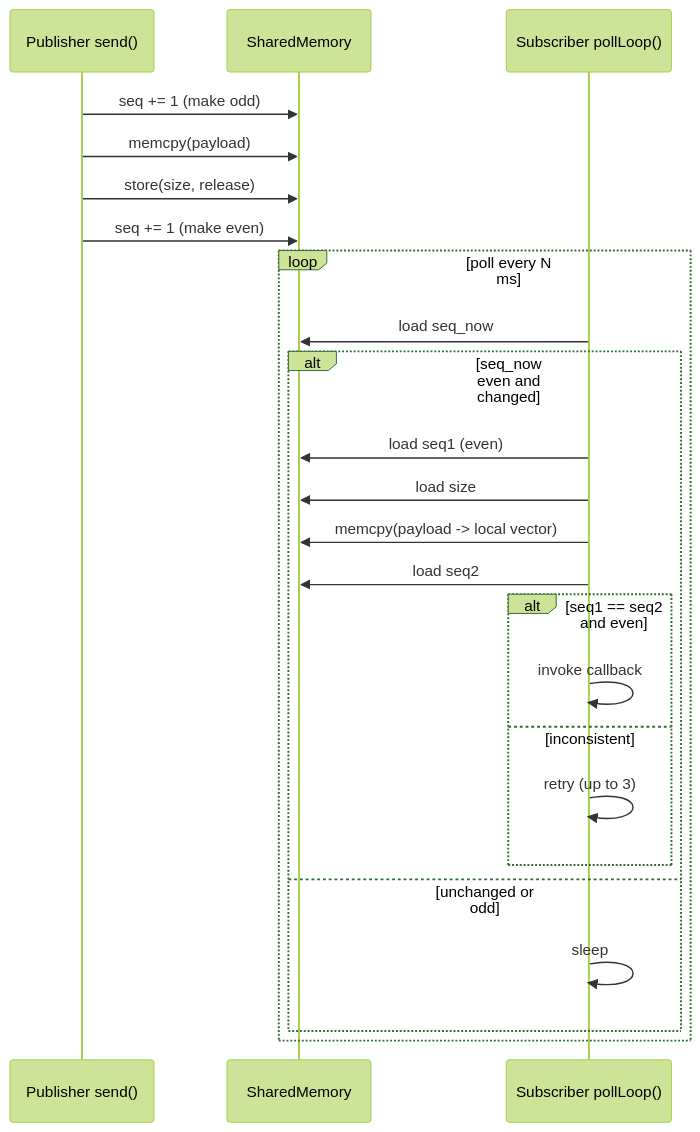
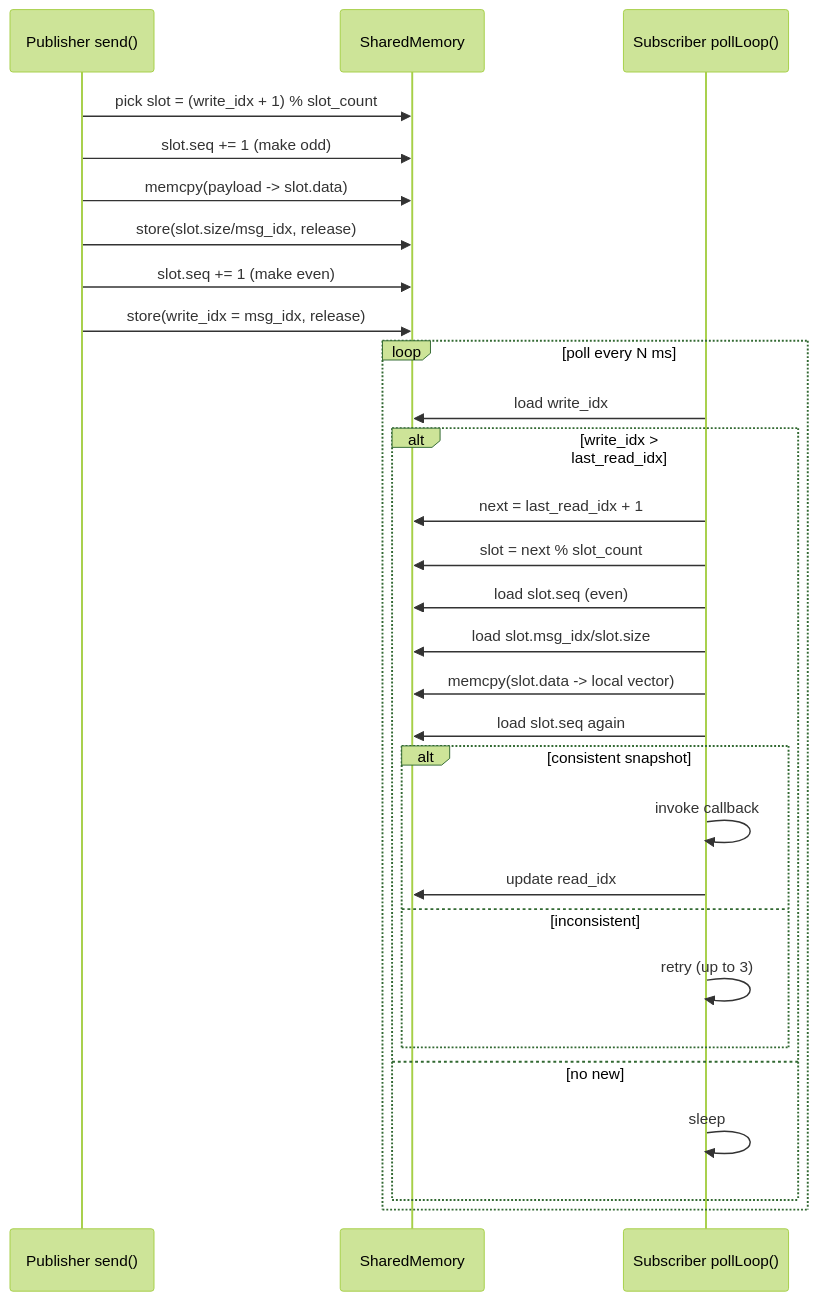
The second of 2 diagrams in docs/shm_pubsub.md (ccbunao/pubsub), drawn with Mermaid (forest theme) before and after one commit. The commit also changed other lines of this file and 32 other files, not shown here.

````diff
--- a/docs/shm_pubsub.md
+++ b/docs/shm_pubsub.md
@@ -114,28 +114,33 @@
 ```mermaid
 sequenceDiagram
   participant Pub as Publisher send()
   participant Shm as SharedMemory
   participant Sub as Subscriber pollLoop()
 
-  Pub->>Shm: seq += 1 (make odd)
-  Pub->>Shm: memcpy(payload)
-  Pub->>Shm: store(size, release)
-  Pub->>Shm: seq += 1 (make even)
+  Pub->>Shm: pick slot = (write_idx + 1) % slot_count
+  Pub->>Shm: slot.seq += 1 (make odd)
+  Pub->>Shm: memcpy(payload -> slot.data)
+  Pub->>Shm: store(slot.size/msg_idx, release)
+  Pub->>Shm: slot.seq += 1 (make even)
+  Pub->>Shm: store(write_idx = msg_idx, release)
 
   loop poll every N ms
-    Sub->>Shm: load seq_now
-    alt seq_now even and changed
-      Sub->>Shm: load seq1 (even)
-      Sub->>Shm: load size
-      Sub->>Shm: memcpy(payload -> local vector)
-      Sub->>Shm: load seq2
-      alt seq1 == seq2 and even
+    Sub->>Shm: load write_idx
+    alt write_idx > last_read_idx
+      Sub->>Shm: next = last_read_idx + 1
+      Sub->>Shm: slot = next % slot_count
+      Sub->>Shm: load slot.seq (even)
+      Sub->>Shm: load slot.msg_idx/slot.size
+      Sub->>Shm: memcpy(slot.data -> local vector)
+      Sub->>Shm: load slot.seq again
+      alt consistent snapshot
         Sub->>Sub: invoke callback
+        Sub->>Shm: update read_idx
       else inconsistent
         Sub->>Sub: retry (up to 3)
       end
-    else unchanged or odd
+    else no new
       Sub->>Sub: sleep
     end
   end
 ```
````
